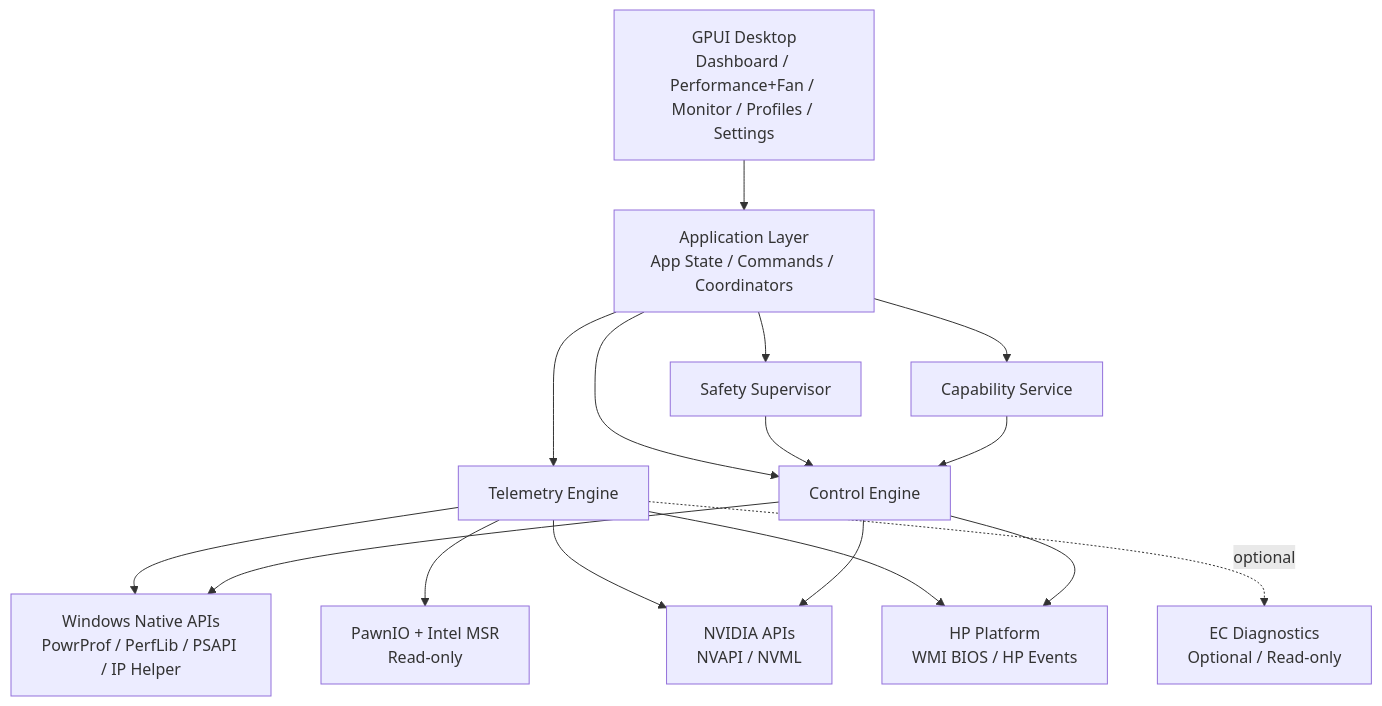
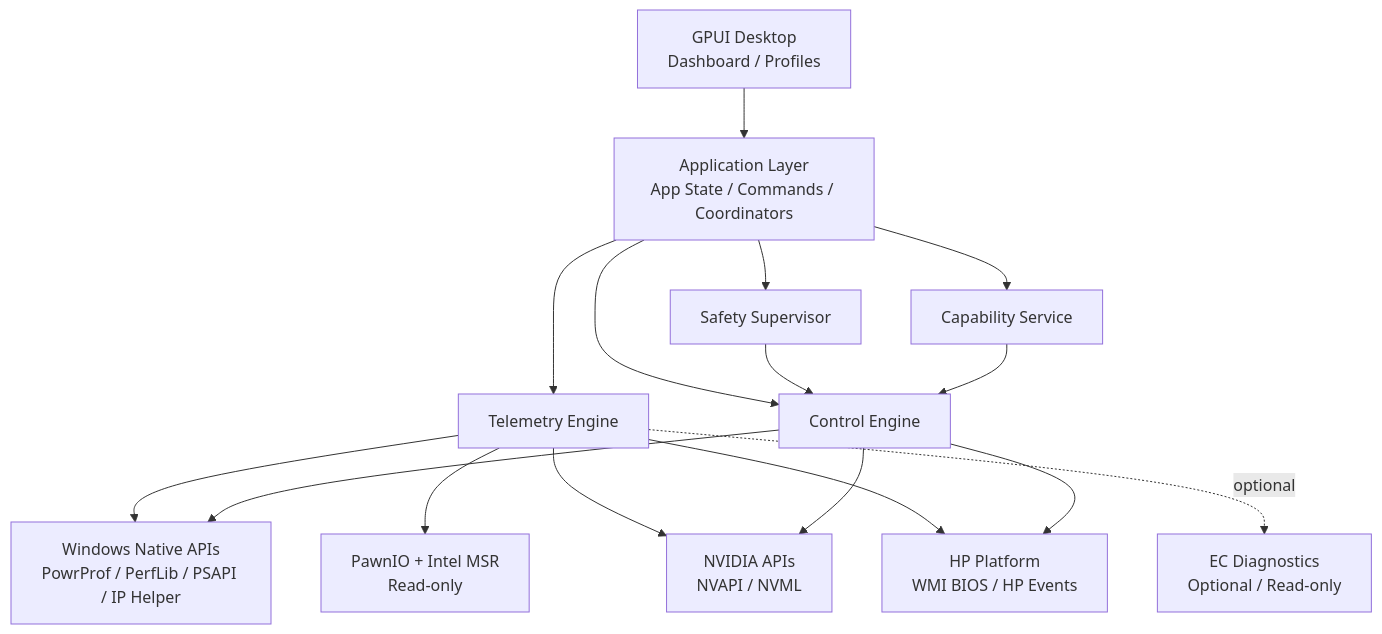
Before and after one commit to shihuaidexianyu/phelper: the first of 4 diagrams in architecture.md, drawn with Mermaid. The commit also changed other lines of this file and 19 other files, not shown here.

````diff
--- a/architecture.md
+++ b/architecture.md
@@ -341,33 +340,33 @@
 ```mermaid
 flowchart TB
-    UI["GPUI Desktop<br/>Dashboard / Performance+Fan / Monitor / Profiles / Settings"]
+    UI["GPUI Desktop<br/>Dashboard / Profiles"]
     APP["Application Layer<br/>App State / Commands / Coordinators"]
     TELE["Telemetry Engine"]
     CTRL["Control Engine"]
     SAFE["Safety Supervisor"]
     CAP["Capability Service"]
 
     WIN["Windows Native APIs<br/>PowrProf / PerfLib / PSAPI / IP Helper"]
     PAWN["PawnIO + Intel MSR<br/>Read-only"]
     NV["NVIDIA APIs<br/>NVAPI / NVML"]
     HP["HP Platform<br/>WMI BIOS / HP Events"]
     EC["EC Diagnostics<br/>Optional / Read-only"]
 
     UI --> APP
     APP --> TELE
     APP --> CTRL
     APP --> SAFE
     APP --> CAP
 
     TELE --> WIN
     TELE --> PAWN
     TELE --> NV
     TELE --> HP
     TELE -. optional .-> EC
 
     CTRL --> WIN
     CTRL --> NV
     CTRL --> HP
     SAFE --> CTRL
     CAP --> CTRL
 ```
````
